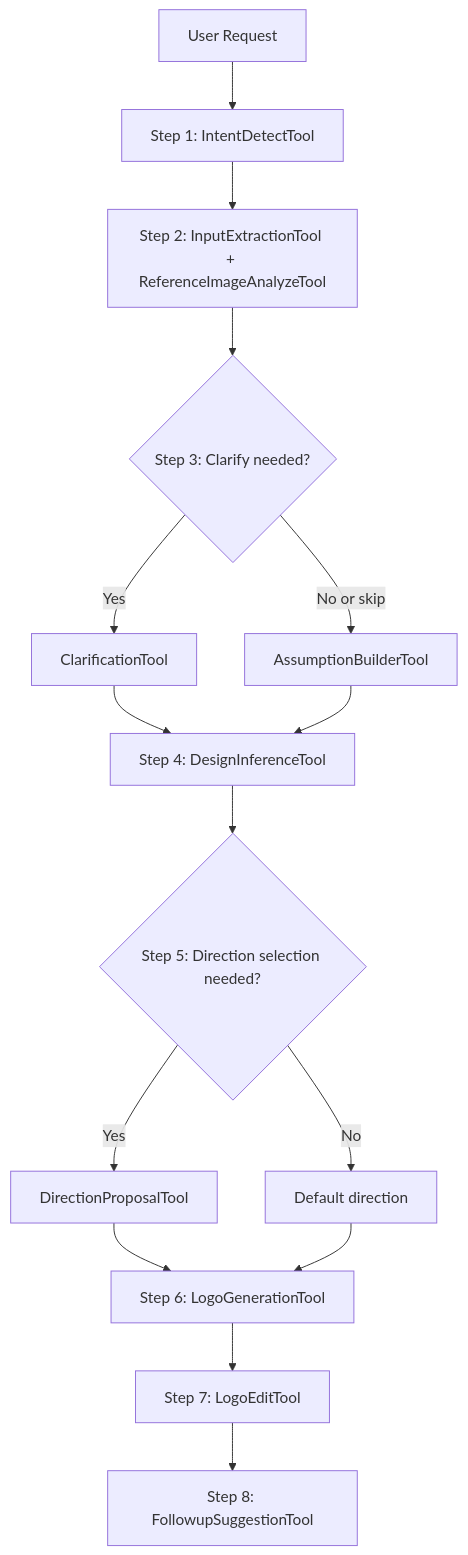
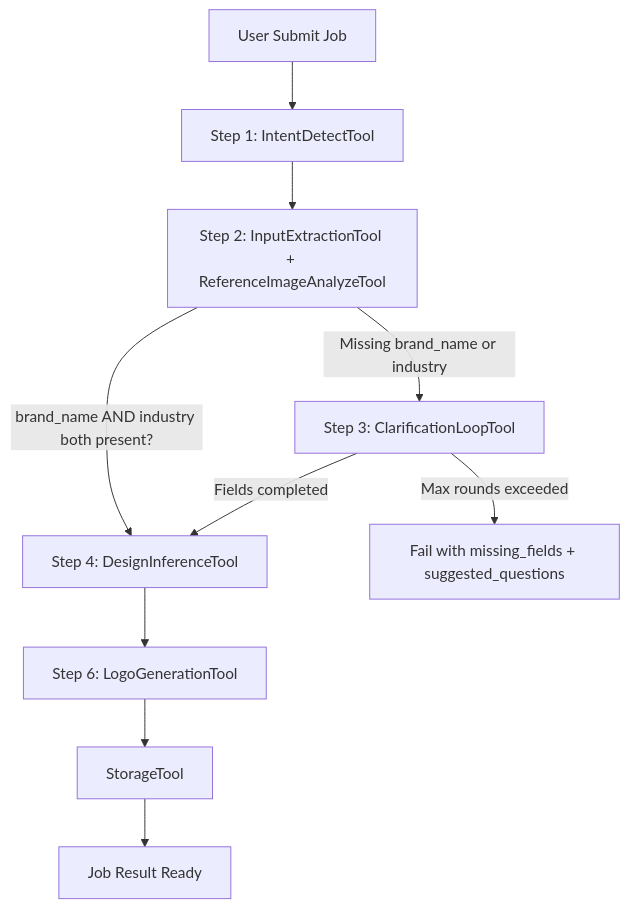
Before and after one commit to Ne4nf/Agent-Memory: the first of 7 diagrams in architecture.md, drawn with Mermaid. The commit also changed other lines of this file, not shown here.

````diff
--- a/architecture.md
+++ b/architecture.md
@@ -76,17 +92,12 @@
 ```mermaid
 flowchart TD
-    A[User Request] --> B[Step 1: IntentDetectTool]
-    B --> C[Step 2: InputExtractionTool + ReferenceImageAnalyzeTool]
-    C --> D{Step 3: Clarify needed?}
-    D -->|Yes| E[ClarificationTool]
-    D -->|No or skip| F[AssumptionBuilderTool]
-    E --> G[Step 4: DesignInferenceTool]
-    F --> G
-    G --> H{Step 5: Direction selection needed?}
-    H -->|Yes| I[DirectionProposalTool]
-    H -->|No| J[Default direction]
-    I --> K[Step 6: LogoGenerationTool]
-    J --> K
-    K --> L[Step 7: LogoEditTool]
-    L --> M[Step 8: FollowupSuggestionTool]
+  A[User Submit Job] --> B[Step 1: IntentDetectTool]
+  B --> C[Step 2: InputExtractionTool + ReferenceImageAnalyzeTool]
+  C -->|brand_name AND industry both present?| F[Step 4: DesignInferenceTool]
+  C -->|Missing brand_name or industry| E[Step 3: ClarificationLoopTool]
+  E -->|Fields completed| F
+  E -->|Max rounds exceeded| J[Fail with missing_fields + suggested_questions]
+  F --> G[Step 6: LogoGenerationTool]
+  G --> H[StorageTool]
+  H --> I[Job Result Ready]
 ```
````
